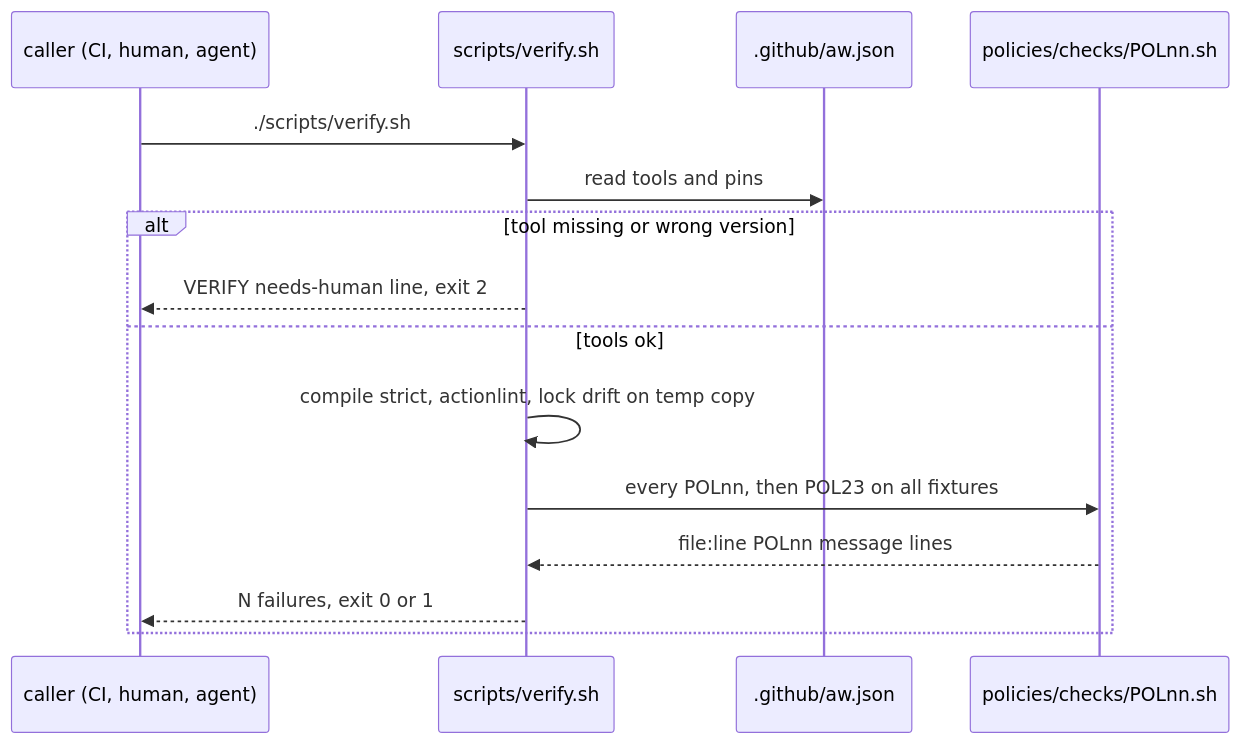
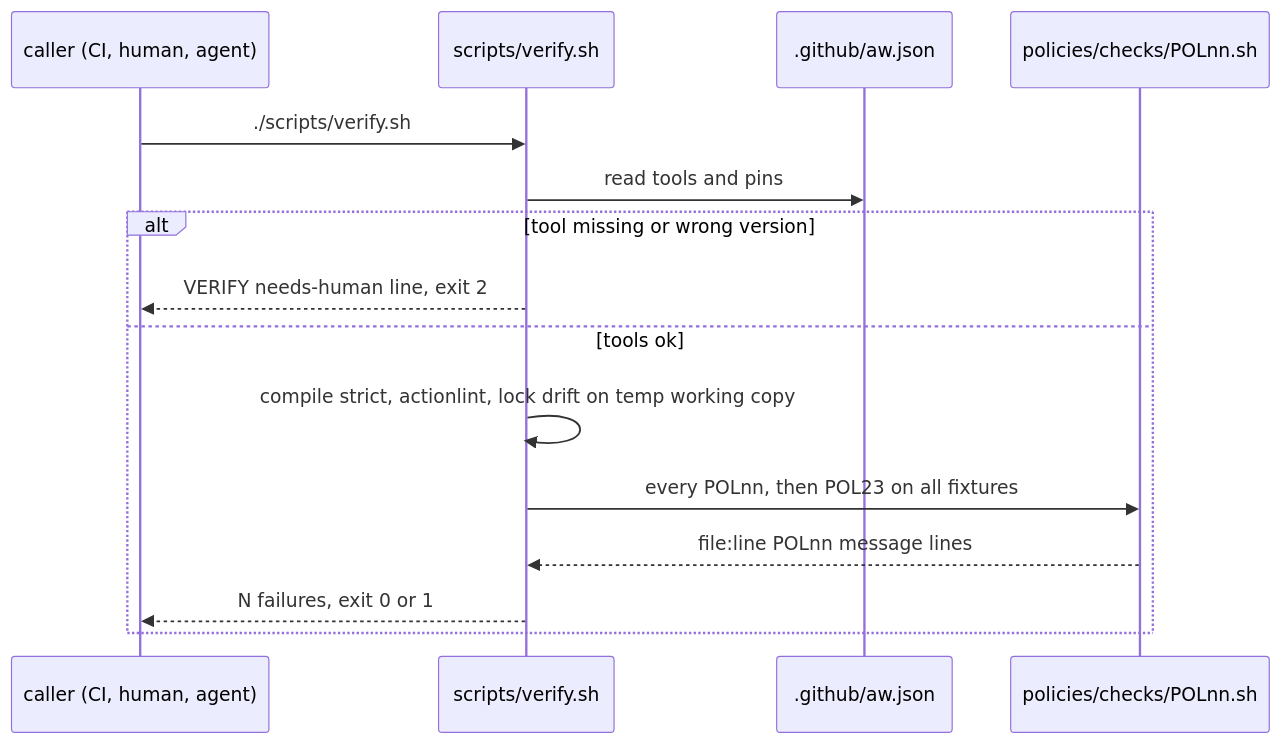
Before and after one commit to svennijhuis/agentic-workflows: the first of 2 diagrams in docs/pbi/verify/VF01.md, drawn with Mermaid. The commit also changed other lines of this file and 2 other files, not shown here.

````diff
--- a/docs/pbi/verify/VF01.md
+++ b/docs/pbi/verify/VF01.md
@@ -100,17 +116,17 @@
 ```mermaid
 sequenceDiagram
   participant C as caller (CI, human, agent)
   participant V as scripts/verify.sh
   participant J as .github/aw.json
   participant P as policies/checks/POLnn.sh
   C->>V: ./scripts/verify.sh
   V->>J: read tools and pins
   alt tool missing or wrong version
     V-->>C: VERIFY needs-human line, exit 2
   else tools ok
-    V->>V: compile strict, actionlint, lock drift on temp copy
+    V->>V: compile strict, actionlint, lock drift on temp working copy
     V->>P: every POLnn, then POL23 on all fixtures
     P-->>V: file:line POLnn message lines
     V-->>C: N failures, exit 0 or 1
   end
 ```
````
